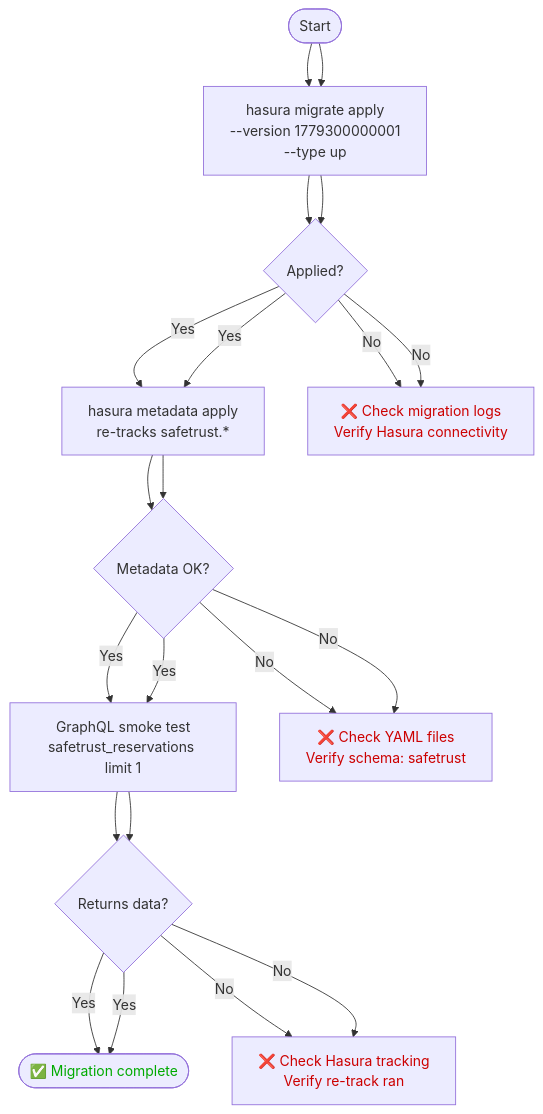
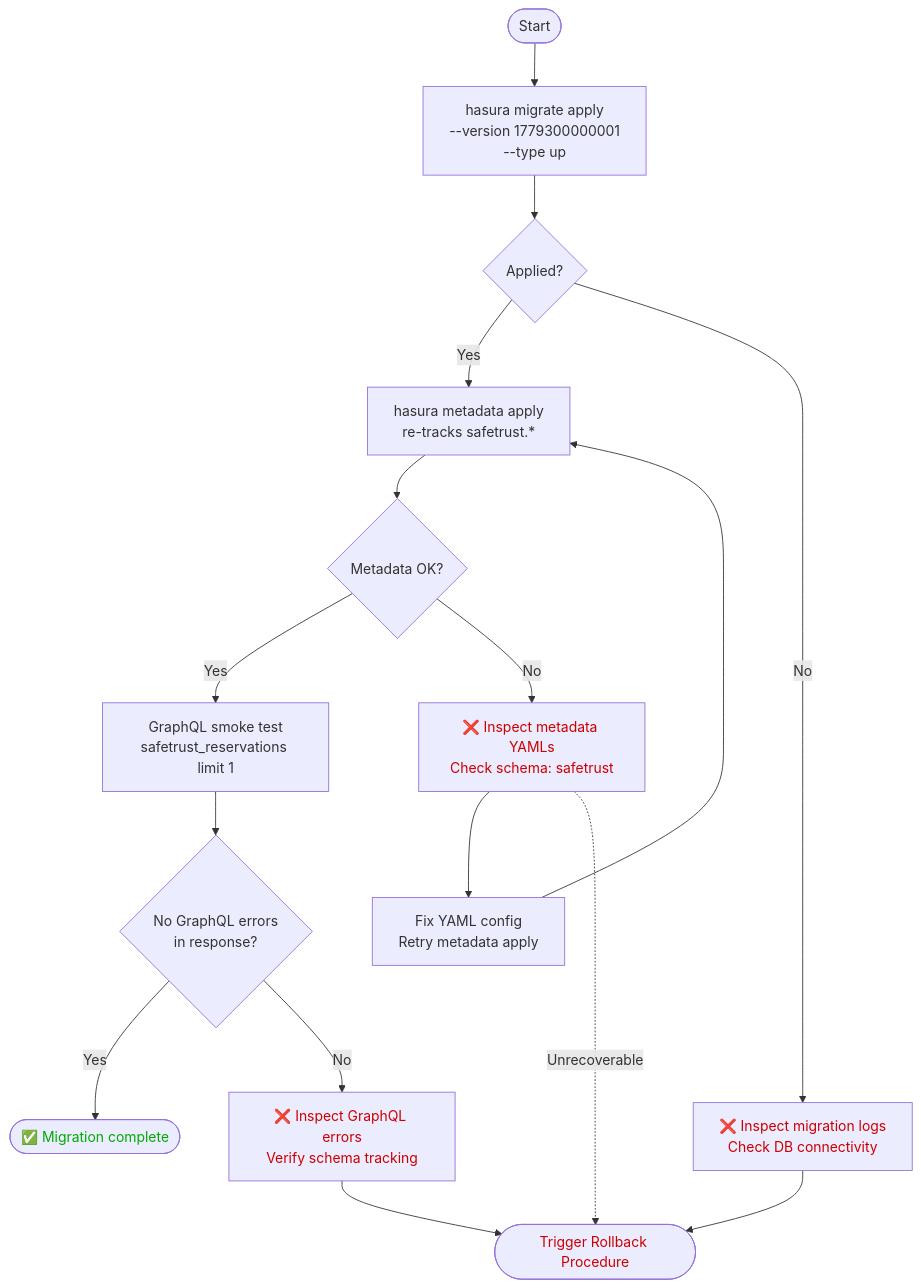
Before and after one commit to safetrustcr/backend-SafeTrust: the fourth of 6 diagrams in docs/migrations/safetrust-schema-migration.md, drawn with Mermaid. The commit also changed other lines of this file and 1 other file, not shown here.

First line of the commit message:
docs(migrations): complete safetrust schema migration architecture documentation (#617)

````diff
--- a/docs/migrations/safetrust-schema-migration.md
+++ b/docs/migrations/safetrust-schema-migration.md
@@ -251,28 +302,25 @@
 ```mermaid
 flowchart TD
-    A([Start]) --> B[hasura migrate apply\n--version 1779300000001\n--type up]
-    B --> C{Applied?}
-    C -- Yes --> D[hasura metadata apply\nre-tracks safetrust.*]
-    C -- No --> E1[❌ Check migration logs\nVerify Hasura connectivity]
-    D --> F{Metadata OK?}
-    F -- Yes --> G[GraphQL smoke test\nsafetrust_reservations limit 1]
-    F -- No --> E2[❌ Check YAML files\nVerify schema: safetrust]
-    G --> H{Returns data?}
-    H -- Yes --> OK([✅ Migration complete])
-    H -- No --> E3[❌ Check Hasura tracking\nVerify re-track ran]
     A([Start]) --> B[hasura migrate apply<br/>--version 1779300000001<br/>--type up]
     B --> C{Applied?}
     C -- Yes --> D[hasura metadata apply<br/>re-tracks safetrust.*]
-    C -- No --> E1[❌ Check migration logs<br/>Verify Hasura connectivity]
+    C -- No --> E1[❌ Inspect migration logs<br/>Check DB connectivity]
     D --> F{Metadata OK?}
     F -- Yes --> G[GraphQL smoke test<br/>safetrust_reservations limit 1]
-    F -- No --> E2[❌ Check YAML files<br/>Verify schema: safetrust]
-    G --> H{Returns data?}
+    F -- No --> E2[❌ Inspect metadata YAMLs<br/>Check schema: safetrust]
+    G --> H{No GraphQL errors<br/>in response?}
     H -- Yes --> OK([✅ Migration complete])
-    H -- No --> E3[❌ Check Hasura tracking<br/>Verify re-track ran]
+    H -- No --> E3[❌ Inspect GraphQL errors<br/>Verify schema tracking]
+
+    E1 --> RB([Trigger Rollback Procedure])
+    E2 --> RETRY[Fix YAML config<br/>Retry metadata apply]
+    RETRY --> D
+    E2 -.->|Unrecoverable| RB
+    E3 --> RB
 
     style OK color:#00aa00
+    style RB color:#cc0000
     style E1 color:#cc0000
     style E2 color:#cc0000
     style E3 color:#cc0000
 ```
````
